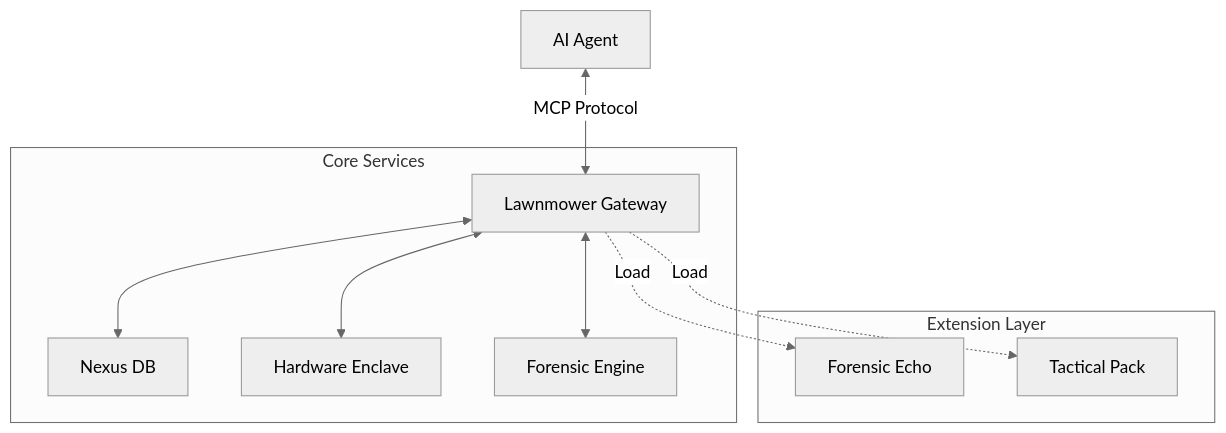
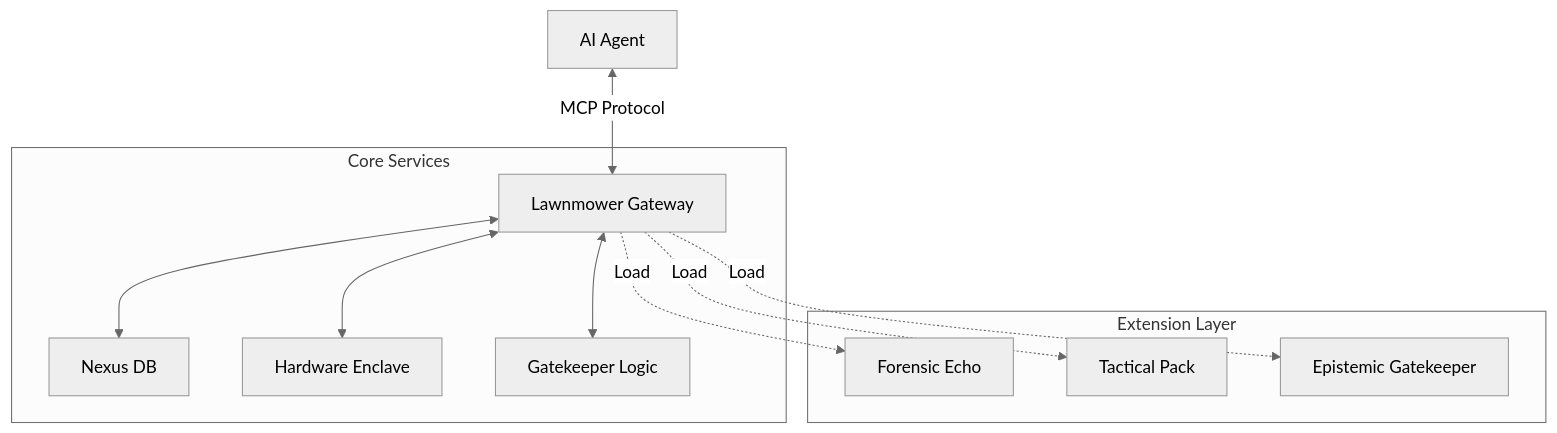
Before and after one commit to SpectreDeath/Semantic-Memory-Engine: the diagram in README.md, drawn with Mermaid (neutral theme). The commit also changed other lines of this file and 8 other files, not shown here.

Commit message:
Release v1.2.0: Epistemic Gatekeeper & Trust Algorithms

````diff
--- a/README.md
+++ b/README.md
@@ -26,15 +26,16 @@
 ```mermaid
 graph TD
     Client[AI Agent] <-->|MCP Protocol| Gateway[Lawnmower Gateway]
     
     subgraph Core [Core Services]
         Gateway <--> Nexus[Nexus DB]
         Gateway <--> TPM[Hardware Enclave]
-        Gateway <--> Scribe[Forensic Engine]
+        Gateway <--> Trust[Gatekeeper Logic]
     end
     
     subgraph Extensions [Extension Layer]
         Gateway -.->|Load| Plugin1[Forensic Echo]
         Gateway -.->|Load| Plugin2[Tactical Pack]
+        Gateway -.->|Load| Plugin3[Epistemic Gatekeeper]
     end
 ```
````
